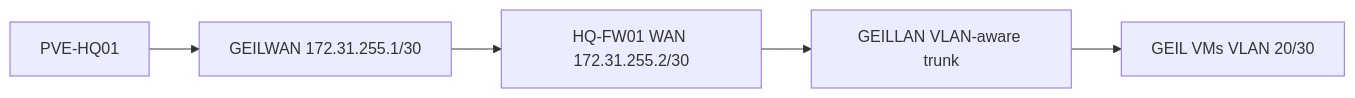
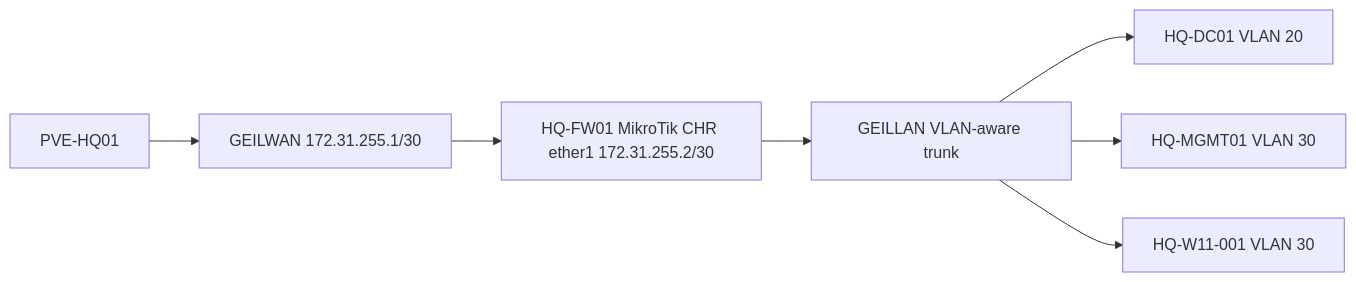
One commit to gntech-dev/geil-enterprise-docs changed the diagram in docs/platform/proxmox-hq-foundation-implementation.md. Above: the diagram before and after it, drawn with Mermaid. The commit also changed other lines of this file, not shown here.

````diff
--- a/docs/platform/proxmox-hq-foundation-implementation.md
+++ b/docs/platform/proxmox-hq-foundation-implementation.md
@@ -132,10 +149,16 @@
 ```mermaid
 flowchart LR
     PVE[PVE-HQ01]
     WAN[GEILWAN 172.31.255.1/30]
-    FW[HQ-FW01 WAN 172.31.255.2/30]
+    FW[HQ-FW01 MikroTik CHR ether1 172.31.255.2/30]
     LAN[GEILLAN VLAN-aware trunk]
-    VMS[GEIL VMs VLAN 20/30]
+    DC[HQ-DC01 VLAN 20]
+    MGMT[HQ-MGMT01 VLAN 30]
+    W11[HQ-W11-001 VLAN 30]
 
-    PVE --> WAN --> FW --> LAN --> VMS
+    PVE --> WAN --> FW
+    FW --> LAN
+    LAN --> DC
+    LAN --> MGMT
+    LAN --> W11
 ```
````
